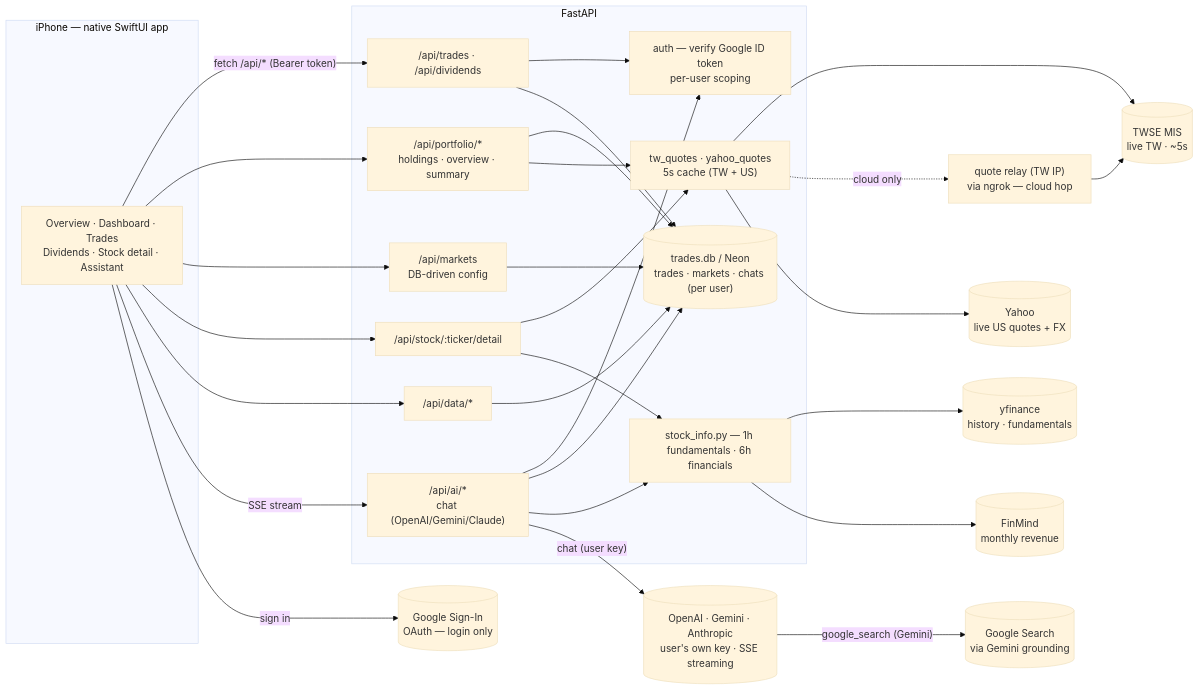
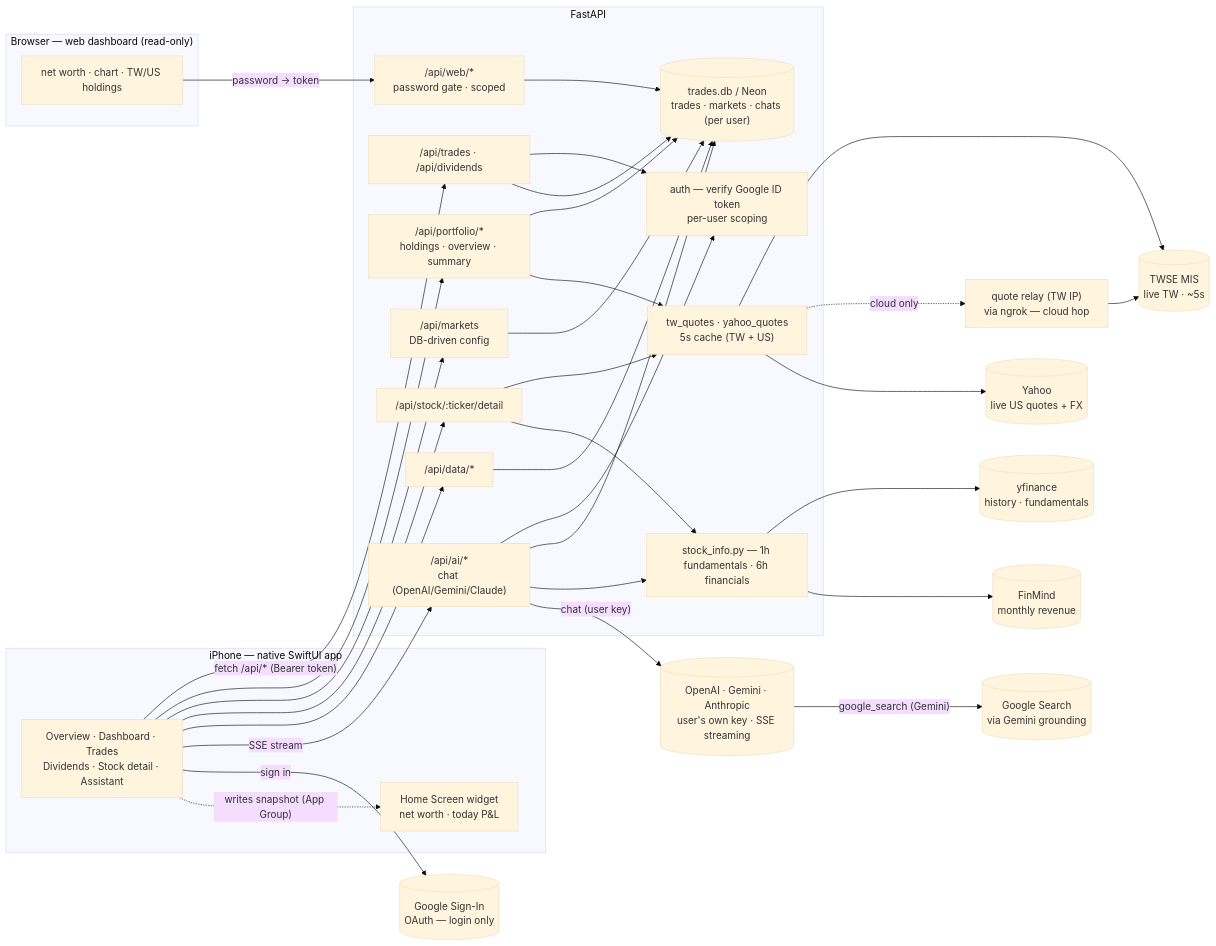
One commit to jimmy19981226/stock-tracker changed the diagram in README.md. Above: the diagram before and after it, drawn with Mermaid (base theme). The commit also changed other lines of this file, not shown here.

First line of the commit message:
docs: update README for web dashboard, Home Screen widget, AI import note

````diff
--- a/README.md
+++ b/README.md
@@ -102,53 +128,61 @@
 ```mermaid
 flowchart LR
   subgraph iPhone["iPhone — native SwiftUI app"]
     UI[Overview · Dashboard · Trades<br/>Dividends · Stock detail · Assistant]
+    Widget["Home Screen widget<br/>net worth · today P&L"]
+  end
+  subgraph Web["Browser — web dashboard (read-only)"]
+    WUI[net worth · chart · TW/US holdings]
   end
   subgraph Backend["FastAPI"]
+    WebAPI["/api/web/*<br/>password gate · scoped"]
     Trades["/api/trades · /api/dividends"]
     Portfolio["/api/portfolio/*<br/>holdings · overview · summary"]
     Markets["/api/markets<br/>DB-driven config"]
     Stock["/api/stock/:ticker/detail"]
     Data["/api/data/*"]
     AI["/api/ai/*<br/>chat (OpenAI/Gemini/Claude)"]
     Auth["auth — verify Google ID token<br/>per-user scoping"]
     Quotes["tw_quotes · yahoo_quotes<br/>5s cache (TW + US)"]
     SInfo["stock_info.py — 1h fundamentals · 6h financials"]
     DB[("trades.db / Neon<br/>trades · markets · chats (per user)")]
   end
   Google[("Google Sign-In<br/>OAuth — login only")]
   TWSE[("TWSE MIS<br/>live TW · ~5s")]
   Relay["quote relay (TW IP)<br/>via ngrok — cloud hop"]
   YLive[("Yahoo<br/>live US quotes + FX")]
   YF[("yfinance<br/>history · fundamentals")]
   FM[("FinMind<br/>monthly revenue")]
   LLM[("OpenAI · Gemini · Anthropic<br/>user's own key · SSE streaming")]
   GSearch[("Google Search<br/>via Gemini grounding")]
 
   UI -- "fetch /api/* (Bearer token)" --> Trades
   UI --> Portfolio
   UI --> Markets
   UI --> Stock
   UI --> Data
   UI -- "SSE stream" --> AI
   UI -- "sign in" --> Google
+  UI -. "writes snapshot (App Group)" .-> Widget
+  WUI -- "password → token" --> WebAPI
+  WebAPI --> DB
   Trades --> Auth
   AI --> Auth
   Trades --> DB
   Data --> DB
   Portfolio --> DB
   Markets --> DB
   Portfolio --> Quotes
   Stock --> Quotes
   Stock --> SInfo
   AI --> DB
   AI --> SInfo
   AI -- "chat (user key)" --> LLM
   LLM -- "google_search (Gemini)" --> GSearch
   Quotes --> TWSE
   Quotes -. "cloud only" .-> Relay
   Relay --> TWSE
   Quotes --> YLive
   SInfo --> YF
   SInfo --> FM
 ```
````
